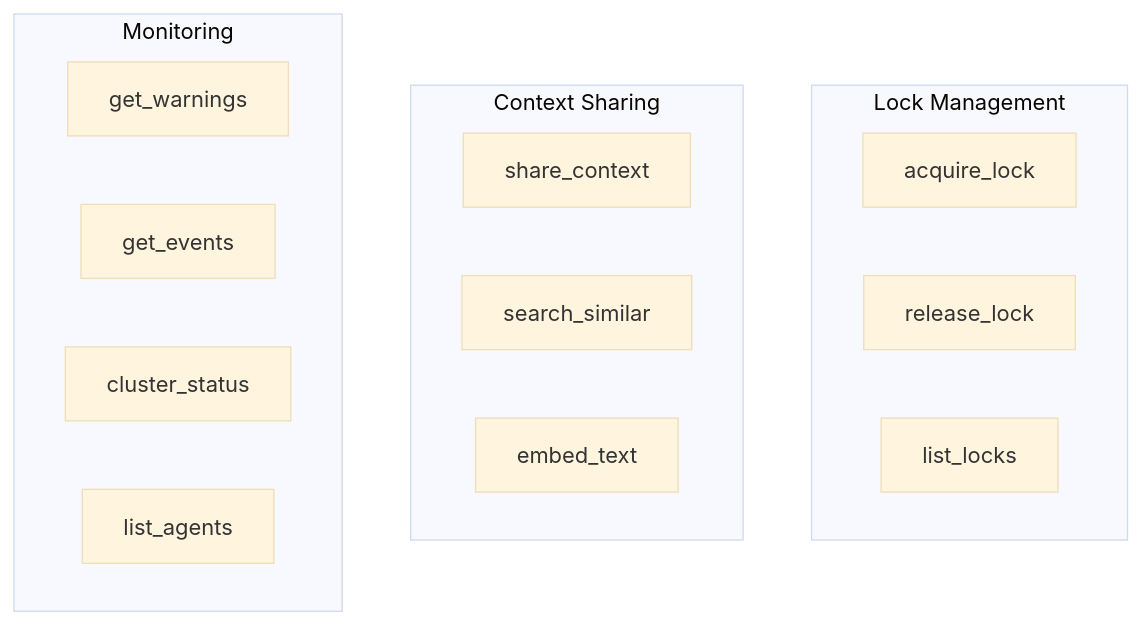
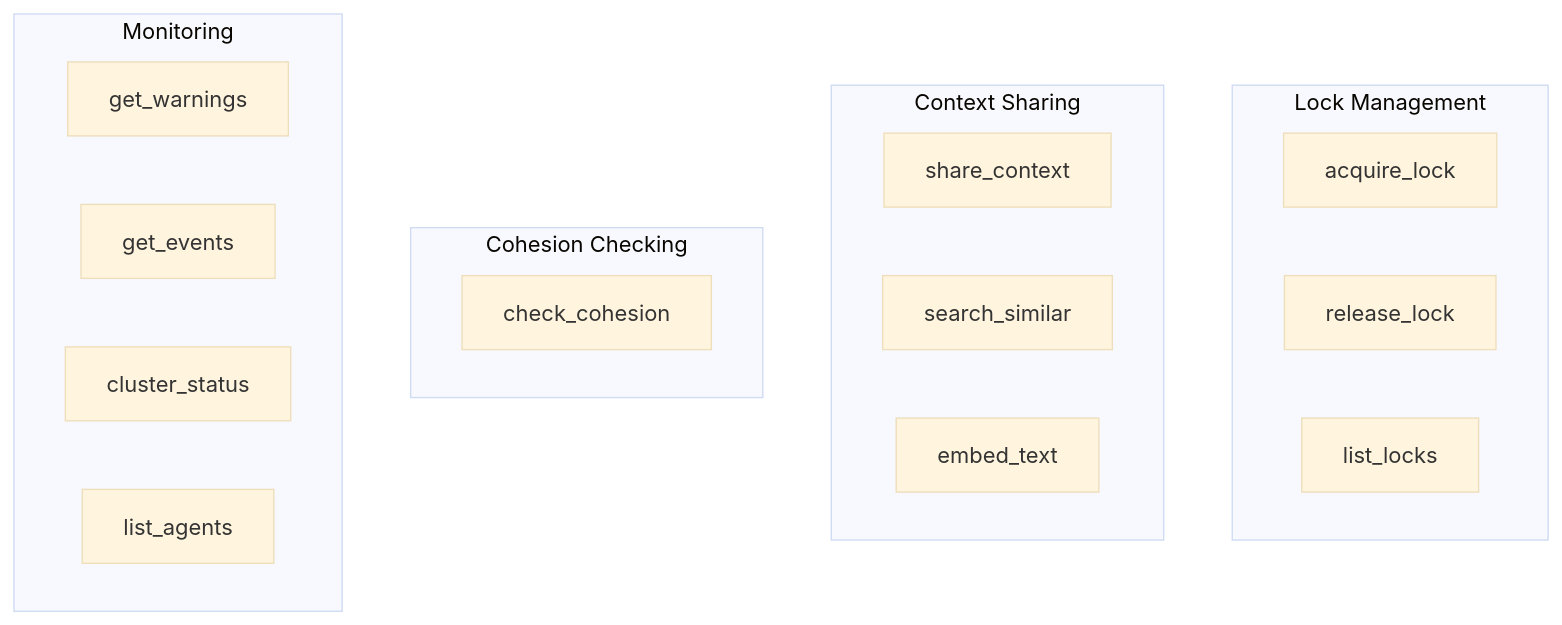
One commit to vanillacake369/agent-collab changed the first of 4 diagrams in docs/guide/mcp-tools.md. Above: the diagram before and after it, drawn with Mermaid (base theme). The commit also changed other lines of this file and 14 other files, not shown here.

First line of the commit message:
feat: add check_cohesion MCP tool for idea alignment verification (#8)

````diff
--- a/docs/guide/mcp-tools.md
+++ b/docs/guide/mcp-tools.md
@@ -7,21 +7,25 @@
 ```mermaid
 flowchart TB
     subgraph Lock["Lock Management"]
         AL[acquire_lock]
         RL[release_lock]
         LL[list_locks]
     end
 
     subgraph Context["Context Sharing"]
         SC[share_context]
         SS[search_similar]
         ET[embed_text]
     end
 
+    subgraph Cohesion["Cohesion Checking"]
+        CC[check_cohesion]
+    end
+
     subgraph Monitor["Monitoring"]
         GW[get_warnings]
         GE[get_events]
         CS[cluster_status]
         LA[list_agents]
     end
 ```
````
